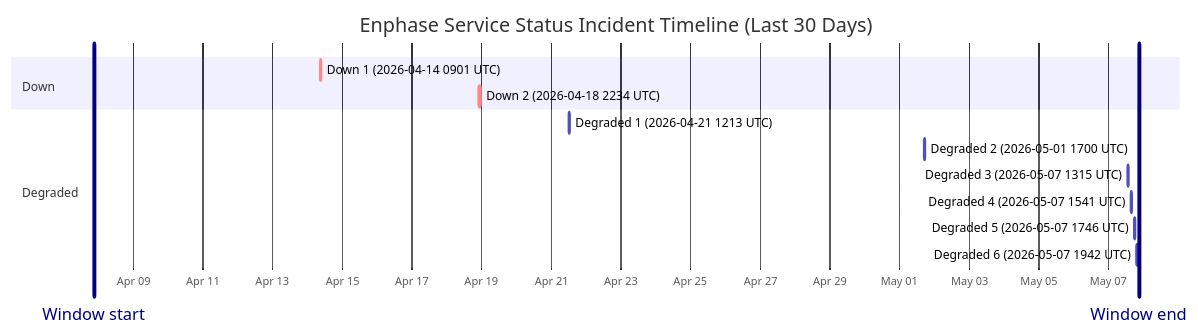
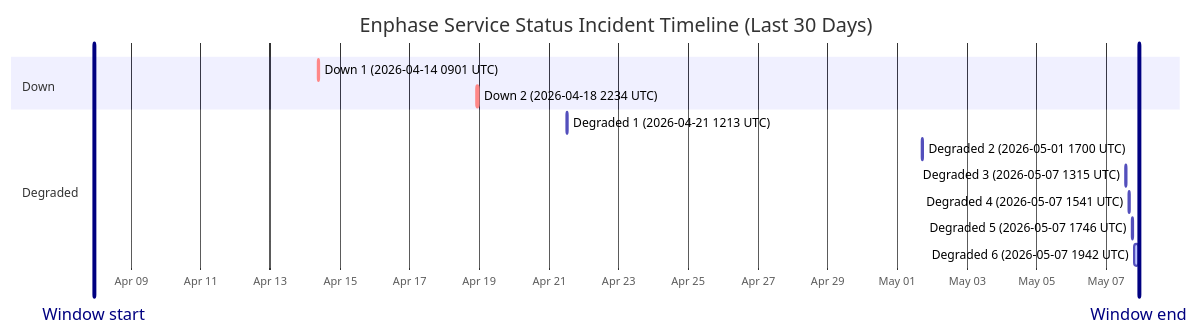
The diagram in wiki/Service-Status-History.md (barneyonline/ha-enphase-ev-charger), drawn with Mermaid before and after one commit. The commit also changed other lines of this file and 3 other files, not shown here.

````diff
--- a/wiki/Service-Status-History.md
+++ b/wiki/Service-Status-History.md
@@ -14,18 +14,18 @@
 ```mermaid
 gantt
     title Enphase Service Status Incident Timeline (Last 30 Days)
     dateFormat  YYYY-MM-DDTHH:mm:ss
     axisFormat  %b %d
-    Window start :vert, window-start, 2026-04-07T21:03:21, 0ms
-    Window end :vert, window-end, 2026-05-07T21:03:21, 0ms
+    Window start :vert, window-start, 2026-04-07T22:34:13, 0ms
+    Window end :vert, window-end, 2026-05-07T22:34:13, 0ms
     section Down
     Down 1 (2026-04-14 0901 UTC) :crit, down-1, 2026-04-14T09:01:13, 60m
     Down 2 (2026-04-18 2234 UTC) :crit, down-2, 2026-04-18T22:34:13, 60m
     section Degraded
     Degraded 1 (2026-04-21 1213 UTC) :active, degraded-1, 2026-04-21T12:13:11, 60m
     Degraded 2 (2026-05-01 1700 UTC) :active, degraded-2, 2026-05-01T17:00:22, 60m
     Degraded 3 (2026-05-07 1315 UTC) :active, degraded-3, 2026-05-07T13:15:25, 60m
     Degraded 4 (2026-05-07 1541 UTC) :active, degraded-4, 2026-05-07T15:41:58, 60m
     Degraded 5 (2026-05-07 1746 UTC) :active, degraded-5, 2026-05-07T17:46:51, 60m
-    Degraded 6 (2026-05-07 1942 UTC) :active, degraded-6, 2026-05-07T19:42:10, 81m
+    Degraded 6 (2026-05-07 1942 UTC) :active, degraded-6, 2026-05-07T19:42:10, 172m
 ```
````
